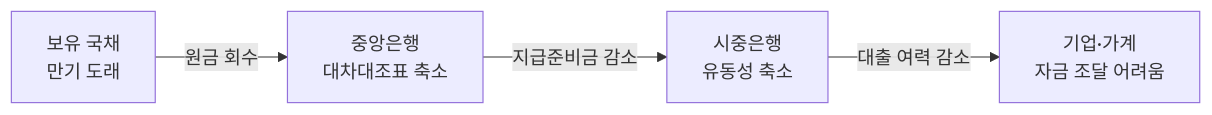
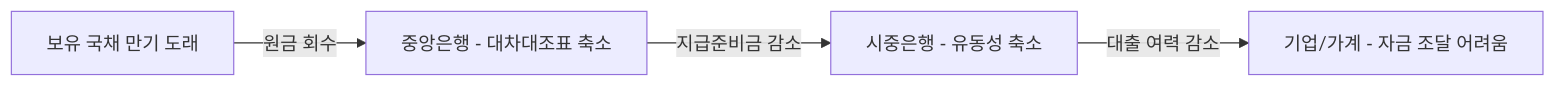
Before and after one commit to kenshin579/investment.advenoh.pe.kr: the second of 3 diagrams in contents/etc/quantitative-easing-and-tightening/index.md, drawn with Mermaid. The commit also changed other lines of this file and 3 other files, not shown here.

First line of the commit message:
[#77] 유동성 모니터링 섹션 추가 및 Mermaid 다이어그램 개선

````diff
--- a/contents/etc/quantitative-easing-and-tightening/index.md
+++ b/contents/etc/quantitative-easing-and-tightening/index.md
@@ -262,6 +273,6 @@
 ```mermaid
 graph LR
-    A[보유 국채<br/>만기 도래] -->|원금 회수| B[중앙은행<br/>대차대조표 축소]
-    B -->|지급준비금 감소| C[시중은행<br/>유동성 축소]
-    C -->|대출 여력 감소| D[기업·가계<br/>자금 조달 어려움]
+    A[보유 국채 만기 도래] -->|원금 회수| B[중앙은행 - 대차대조표 축소]
+    B -->|지급준비금 감소| C[시중은행 - 유동성 축소]
+    C -->|대출 여력 감소| D[기업/가계 - 자금 조달 어려움]
 ```
````
